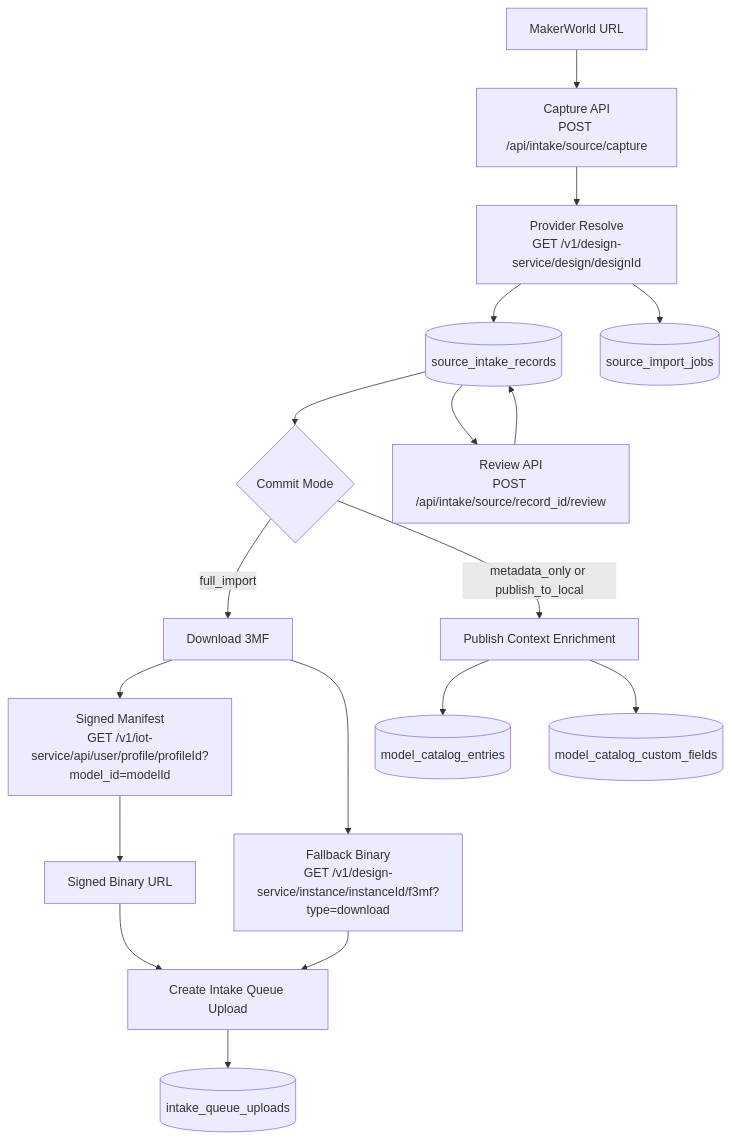
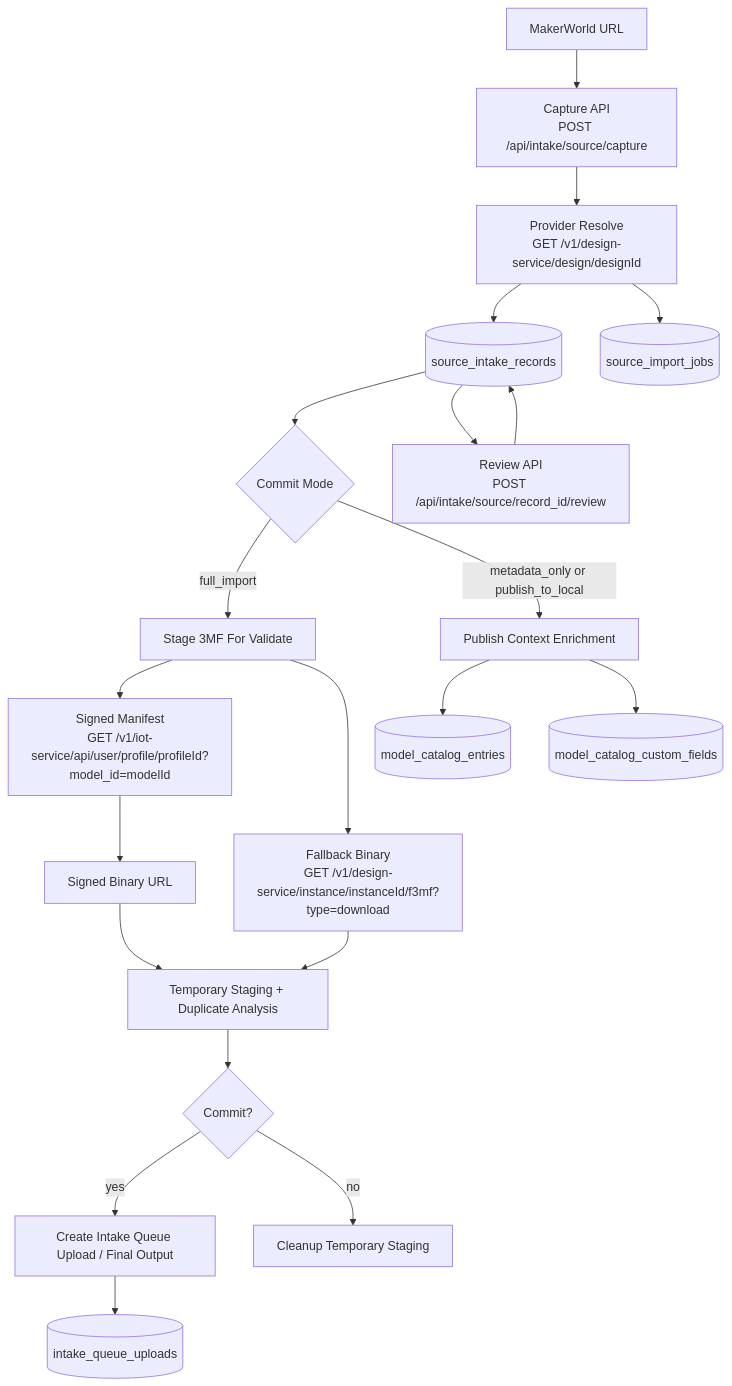
Before and after one commit to rsocko/hass-bambulab-config: the first of 4 diagrams in docs/features/model_catalog/reference/makerworld-api-schema-mapping.md, drawn with Mermaid. The commit also changed other lines of this file and 12 other files, not shown here.

````diff
--- a/docs/features/model_catalog/reference/makerworld-api-schema-mapping.md
+++ b/docs/features/model_catalog/reference/makerworld-api-schema-mapping.md
@@ -18,23 +18,26 @@
 ```mermaid
 flowchart TD
 		A[MakerWorld URL] --> B[Capture API<br/>POST /api/intake/source/capture]
 		B --> C[Provider Resolve<br/>GET /v1/design-service/design/designId]
 		C --> D[(source_intake_records)]
 		C --> E[(source_import_jobs)]
 
 		D --> F{Commit Mode}
-		F -->|full_import| G[Download 3MF]
+		F -->|full_import| G[Stage 3MF For Validate]
 		G --> G1[Signed Manifest<br/>GET /v1/iot-service/api/user/profile/profileId?model_id=modelId]
 		G1 --> G2[Signed Binary URL]
 		G --> G3[Fallback Binary<br/>GET /v1/design-service/instance/instanceId/f3mf?type=download]
-		G2 --> H[Create Intake Queue Upload]
+		G2 --> H[Temporary Staging + Duplicate Analysis]
 		G3 --> H
-		H --> I[(intake_queue_uploads)]
+		H --> H1{Commit?}
+		H1 -->|yes| H2[Create Intake Queue Upload / Final Output]
+		H1 -->|no| H3[Cleanup Temporary Staging]
+		H2 --> I[(intake_queue_uploads)]
 
 		F -->|metadata_only or publish_to_local| J[Publish Context Enrichment]
 		J --> K[(model_catalog_entries)]
 		J --> L[(model_catalog_custom_fields)]
 
 		D --> M[Review API<br/>POST /api/intake/source/record_id/review]
 		M --> D
 ```
````
